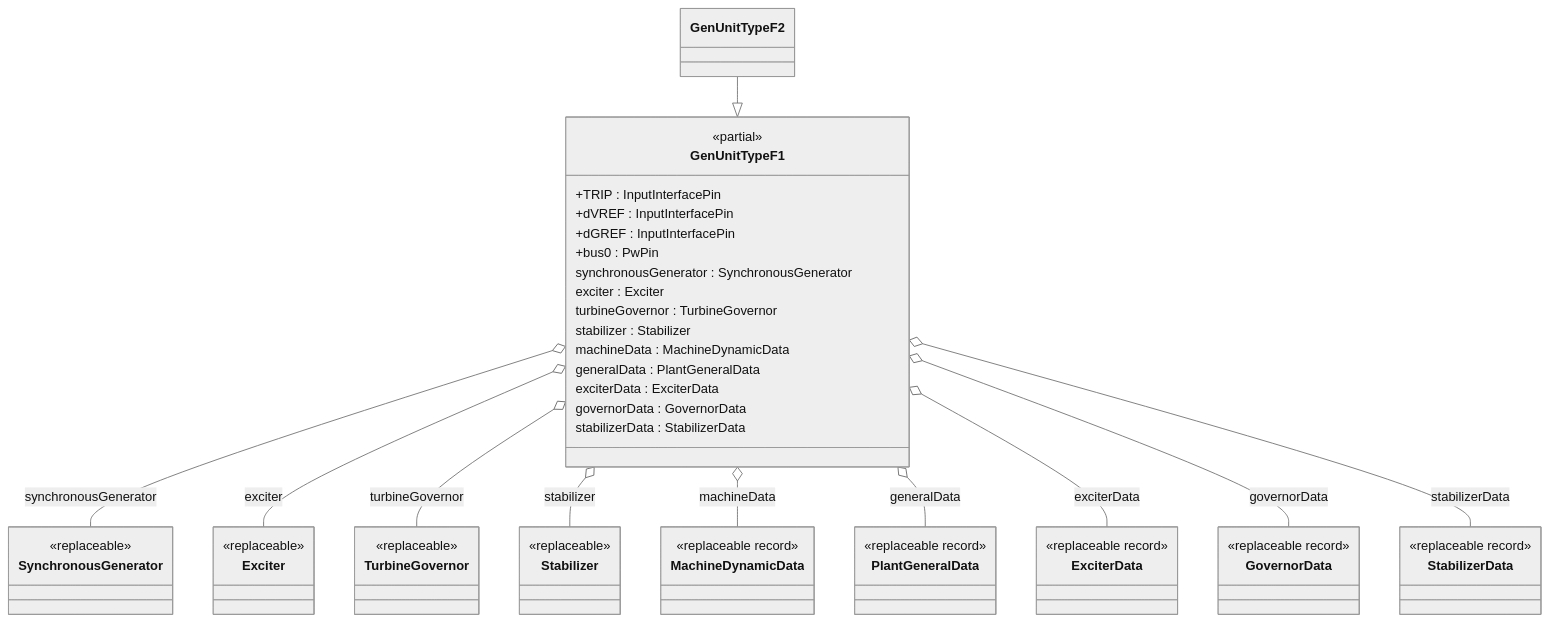
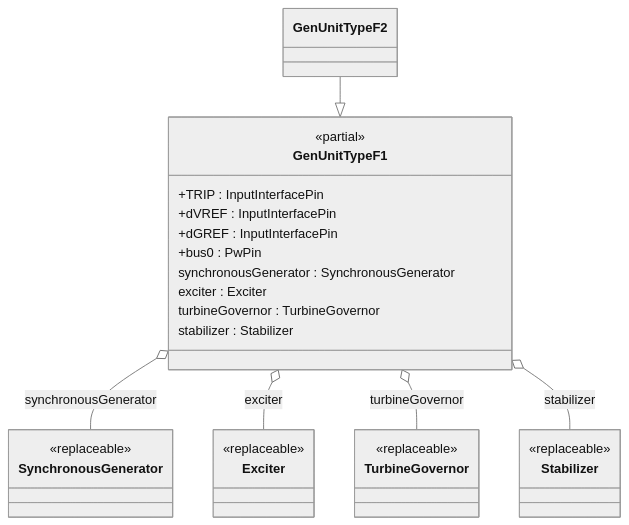
The first of 2 diagrams in modelica/OpalRT/docs/TypeF.md (Opal-RT-Technologies/ephasorsim-modelica-library), drawn with Mermaid (neutral theme) before and after one commit. The commit also changed other lines of this file and 56 other files, not shown here.

````diff
--- a/modelica/OpalRT/docs/TypeF.md
+++ b/modelica/OpalRT/docs/TypeF.md
@@ -42,38 +40,23 @@
 ```mermaid
 classDiagram
 class GenUnitTypeF1 {
   <<partial>>
   +TRIP : InputInterfacePin
   +dVREF : InputInterfacePin
   +dGREF : InputInterfacePin
   +bus0 : PwPin
   synchronousGenerator : SynchronousGenerator
   exciter : Exciter
   turbineGovernor : TurbineGovernor
   stabilizer : Stabilizer
-  machineData : MachineDynamicData
-  generalData : PlantGeneralData
-  exciterData : ExciterData
-  governorData : GovernorData
-  stabilizerData : StabilizerData
 }
 class SynchronousGenerator { <<replaceable>> }
 class Exciter { <<replaceable>> }
 class TurbineGovernor { <<replaceable>> }
 class Stabilizer { <<replaceable>> }
-class MachineDynamicData { <<replaceable record>> }
-class PlantGeneralData { <<replaceable record>> }
-class ExciterData { <<replaceable record>> }
-class GovernorData { <<replaceable record>> }
-class StabilizerData { <<replaceable record>> }
 GenUnitTypeF1 o-- SynchronousGenerator : synchronousGenerator
 GenUnitTypeF1 o-- Exciter : exciter
 GenUnitTypeF1 o-- TurbineGovernor : turbineGovernor
 GenUnitTypeF1 o-- Stabilizer : stabilizer
-GenUnitTypeF1 o-- MachineDynamicData : machineData
-GenUnitTypeF1 o-- PlantGeneralData : generalData
-GenUnitTypeF1 o-- ExciterData : exciterData
-GenUnitTypeF1 o-- GovernorData : governorData
-GenUnitTypeF1 o-- StabilizerData : stabilizerData
 GenUnitTypeF2 --|> GenUnitTypeF1
 ```
````
